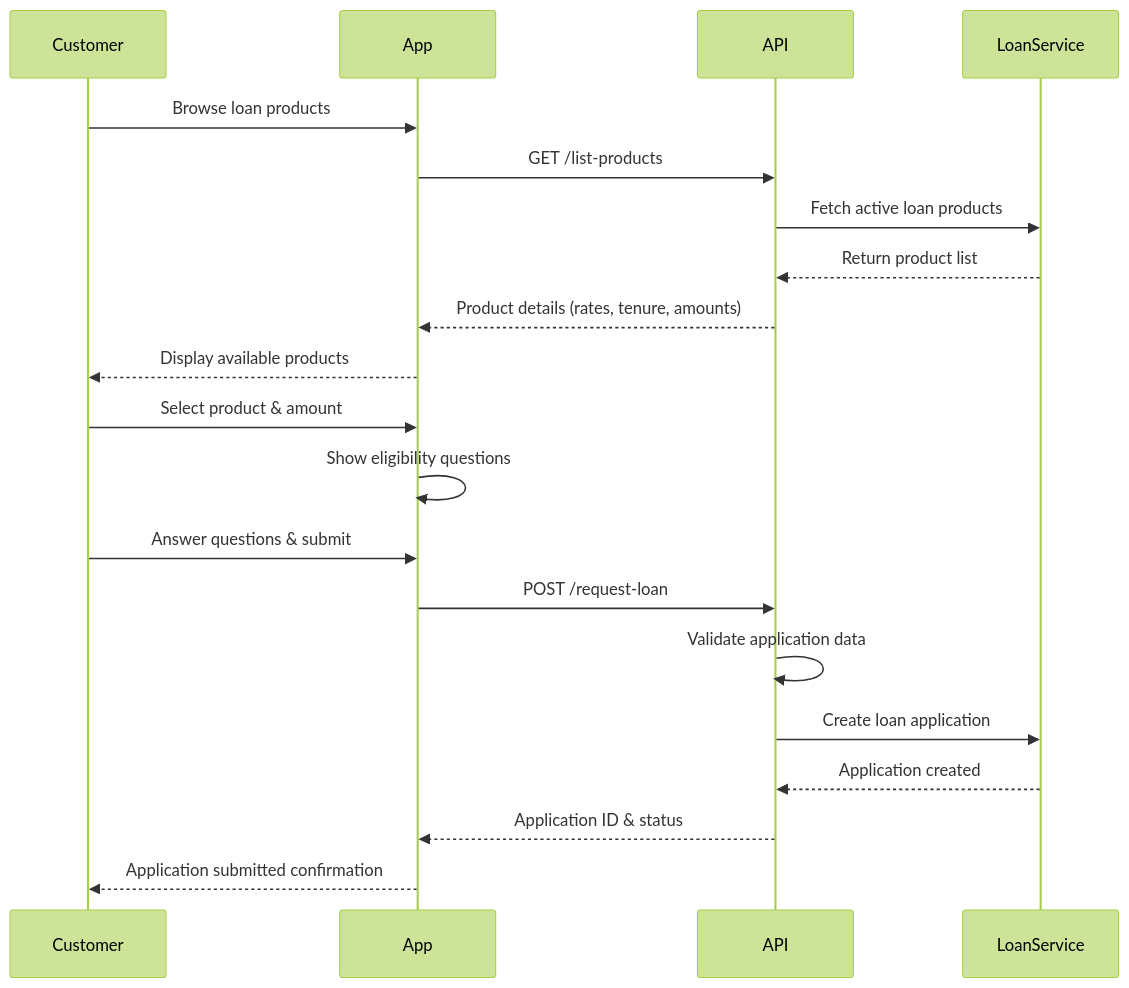
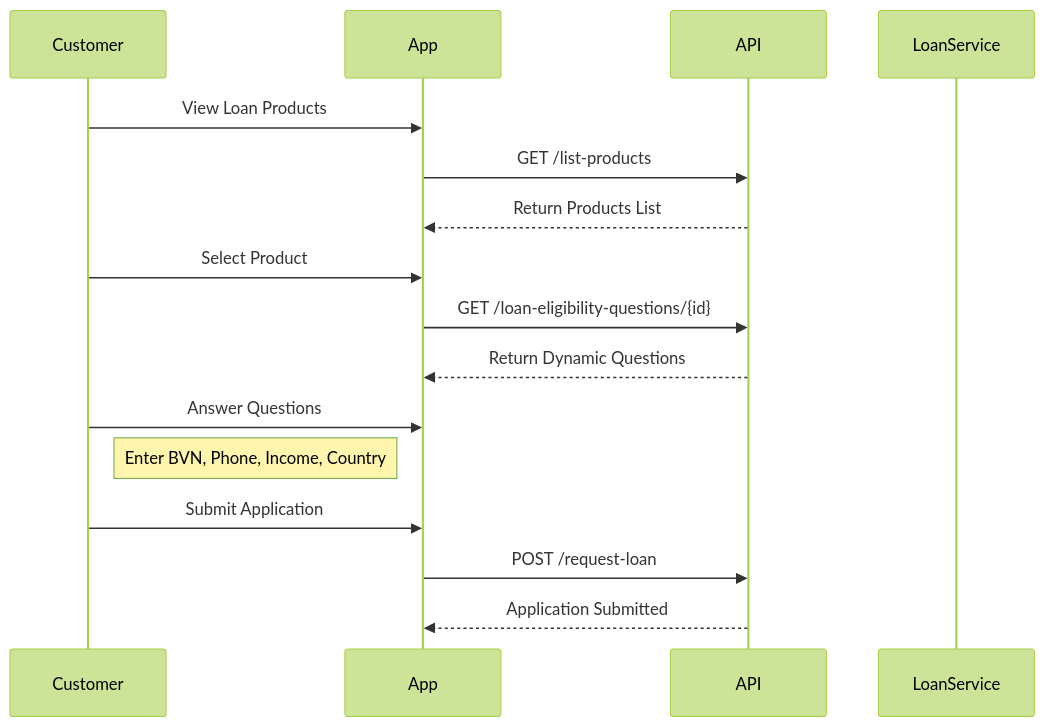
The first of 3 diagrams in lending/process-flow.mdx (trillionclues-fincode/docs), drawn with Mermaid (forest theme) before and after one commit. The commit also changed other lines of this file and 22 other files, not shown here.

Commit message:
chore(lending): refactor overview, process flows and api reference pages

````diff
--- a/lending/process-flow.mdx
+++ b/lending/process-flow.mdx
@@ -18,23 +18,19 @@
 ```mermaid
 sequenceDiagram
     participant Customer
     participant App
     participant API
     participant LoanService
 
-    Customer->>App: Browse loan products
+    Customer->>App: View Loan Products
     App->>API: GET /list-products
-    API->>LoanService: Fetch active loan products
-    LoanService-->>API: Return product list
-    API-->>App: Product details (rates, tenure, amounts)
-    App-->>Customer: Display available products
-    Customer->>App: Select product & amount
-    App->>App: Show eligibility questions
-    Customer->>App: Answer questions & submit
+    API-->>App: Return Products List
+    Customer->>App: Select Product
+    App->>API: GET /loan-eligibility-questions/{id}
+    API-->>App: Return Dynamic Questions
+    Customer->>App: Answer Questions
+    Note right of Customer: Enter BVN, Phone, Income, Country
+    Customer->>App: Submit Application
     App->>API: POST /request-loan
-    API->>API: Validate application data
-    API->>LoanService: Create loan application
-    LoanService-->>API: Application created
-    API-->>App: Application ID & status
-    App-->>Customer: Application submitted confirmation
+    API-->>App: Application Submitted
 ```
````
